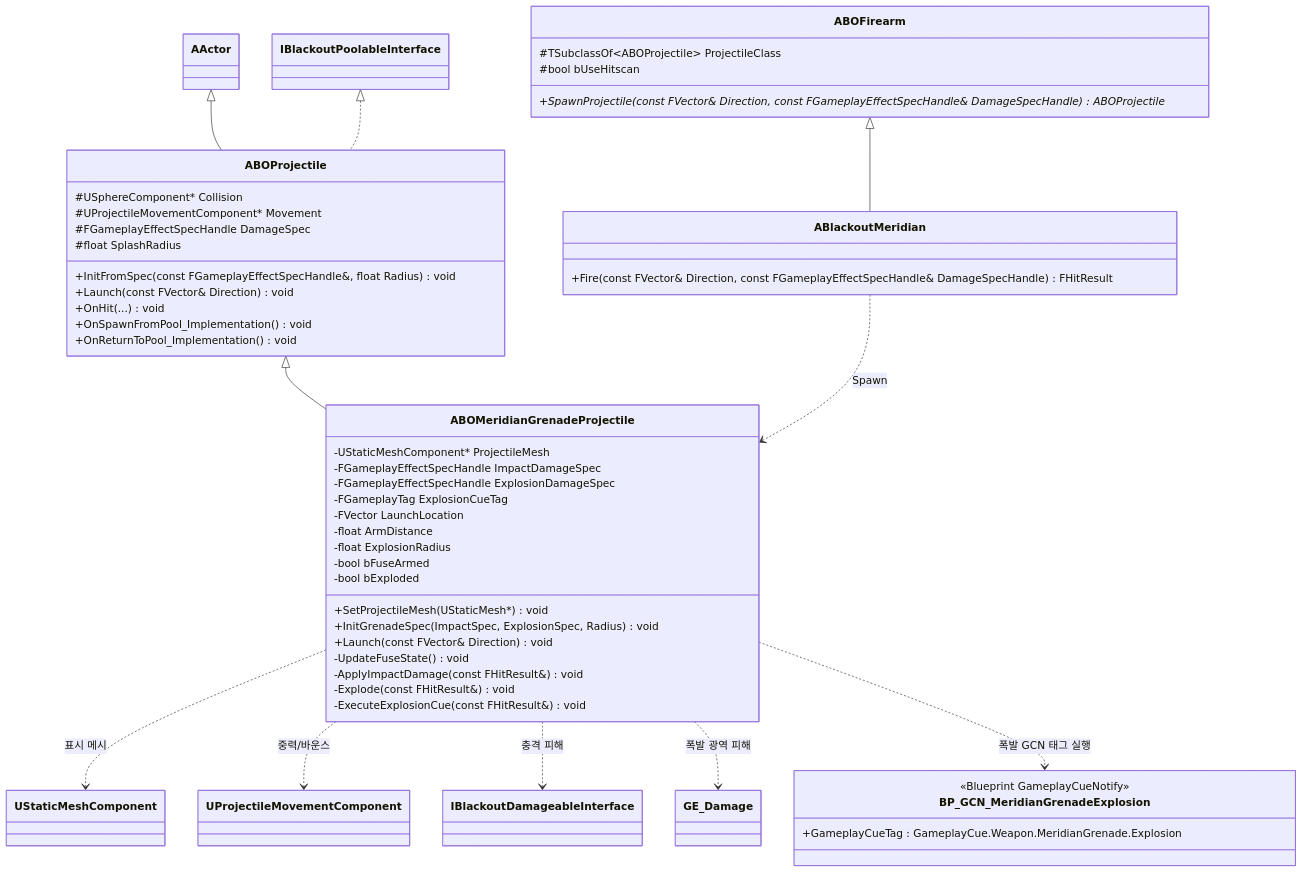
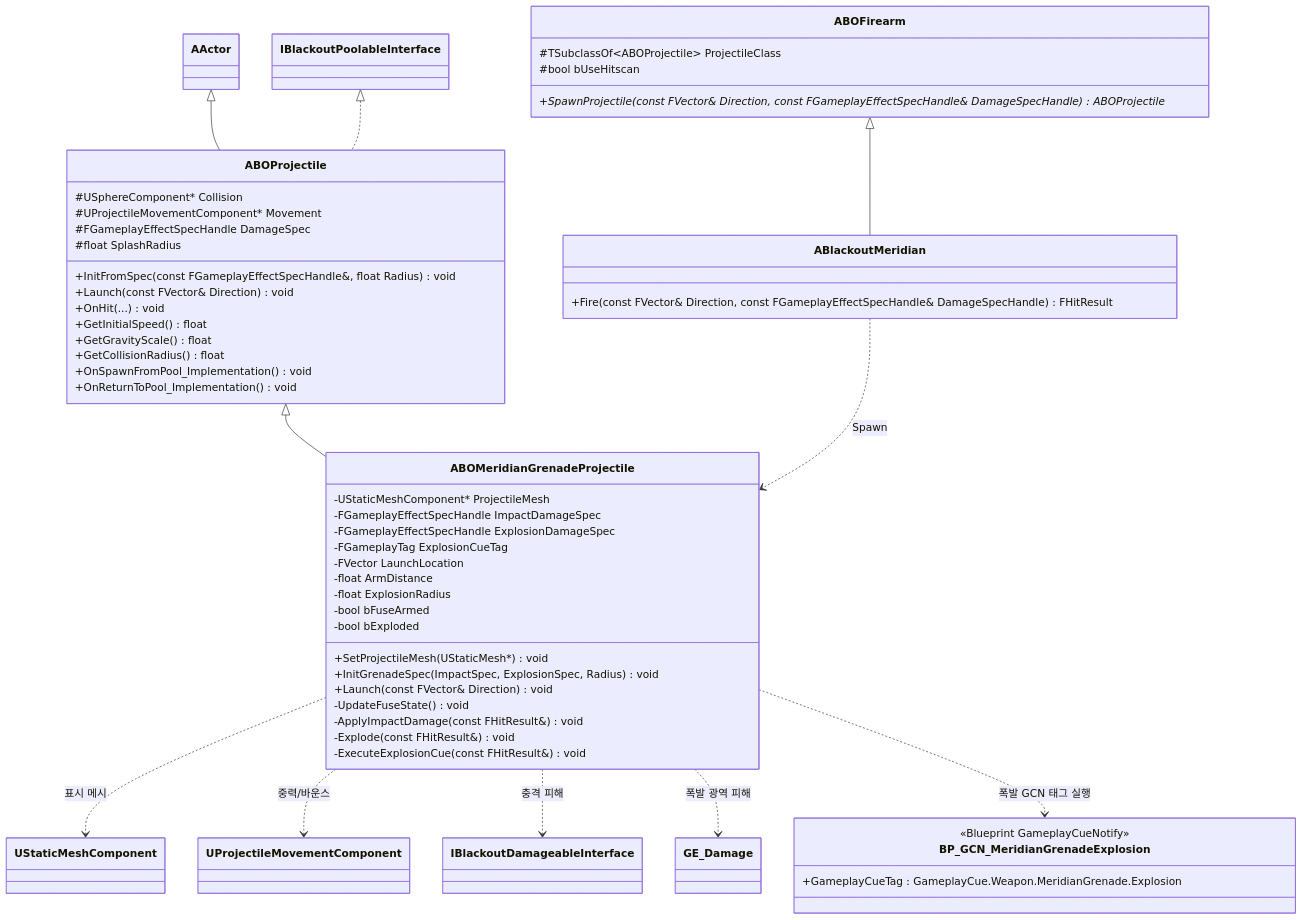
Before and after one commit to seongwon1579/ProjectBlackout: the diagram in Docs/Combat/08_Meridian_Grenade_Projectile.md, drawn with Mermaid. The commit also changed other lines of this file and 7 other files, not shown here.

````diff
--- a/Docs/Combat/08_Meridian_Grenade_Projectile.md
+++ b/Docs/Combat/08_Meridian_Grenade_Projectile.md
@@ -5,63 +5,66 @@
 ```mermaid
 classDiagram
     direction TB
 
     AActor <|-- ABOProjectile
     ABOProjectile <|-- ABOMeridianGrenadeProjectile
     ABOFirearm <|-- ABlackoutMeridian
 
     IBlackoutPoolableInterface <|.. ABOProjectile
 
     class ABOFirearm {
         #TSubclassOf~ABOProjectile~ ProjectileClass
         #bool bUseHitscan
         +SpawnProjectile(const FVector& Direction, const FGameplayEffectSpecHandle& DamageSpecHandle) ABOProjectile*
     }
 
     class ABlackoutMeridian {
         +Fire(const FVector& Direction, const FGameplayEffectSpecHandle& DamageSpecHandle) FHitResult
     }
 
     class ABOProjectile {
         #USphereComponent* Collision
         #UProjectileMovementComponent* Movement
         #FGameplayEffectSpecHandle DamageSpec
         #float SplashRadius
         +InitFromSpec(const FGameplayEffectSpecHandle&, float Radius) void
         +Launch(const FVector& Direction) void
         +OnHit(...) void
+        +GetInitialSpeed() float
+        +GetGravityScale() float
+        +GetCollisionRadius() float
         +OnSpawnFromPool_Implementation() void
         +OnReturnToPool_Implementation() void
     }
 
     class ABOMeridianGrenadeProjectile {
         -UStaticMeshComponent* ProjectileMesh
         -FGameplayEffectSpecHandle ImpactDamageSpec
         -FGameplayEffectSpecHandle ExplosionDamageSpec
         -FGameplayTag ExplosionCueTag
         -FVector LaunchLocation
         -float ArmDistance
         -float ExplosionRadius
         -bool bFuseArmed
         -bool bExploded
         +SetProjectileMesh(UStaticMesh*) void
         +InitGrenadeSpec(ImpactSpec, ExplosionSpec, Radius) void
         +Launch(const FVector& Direction) void
         -UpdateFuseState() void
         -ApplyImpactDamage(const FHitResult&) void
         -Explode(const FHitResult&) void
         -ExecuteExplosionCue(const FHitResult&) void
     }
 
     class BP_GCN_MeridianGrenadeExplosion {
         <<Blueprint GameplayCueNotify>>
         +GameplayCueTag : GameplayCue.Weapon.MeridianGrenade.Explosion
     }
 
     ABlackoutMeridian ..> ABOMeridianGrenadeProjectile : Spawn
     ABOMeridianGrenadeProjectile ..> UStaticMeshComponent : 표시 메시
     ABOMeridianGrenadeProjectile ..> UProjectileMovementComponent : 중력/바운스
     ABOMeridianGrenadeProjectile ..> IBlackoutDamageableInterface : 충격 피해
     ABOMeridianGrenadeProjectile ..> GE_Damage : 폭발 광역 피해
     ABOMeridianGrenadeProjectile ..> BP_GCN_MeridianGrenadeExplosion : 폭발 GCN 태그 실행
 ```
````
